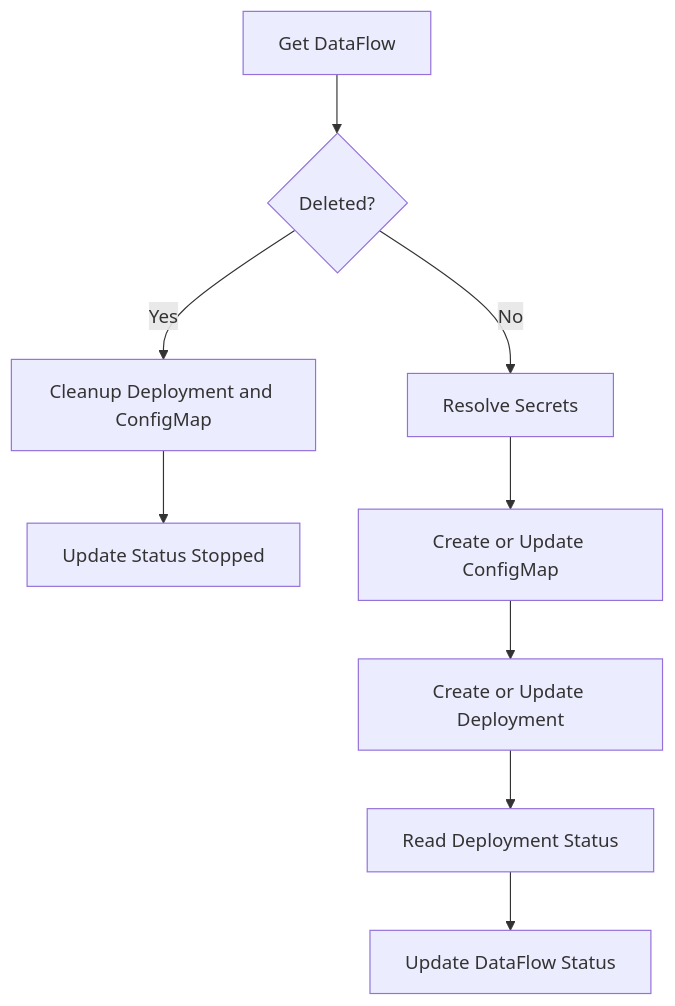
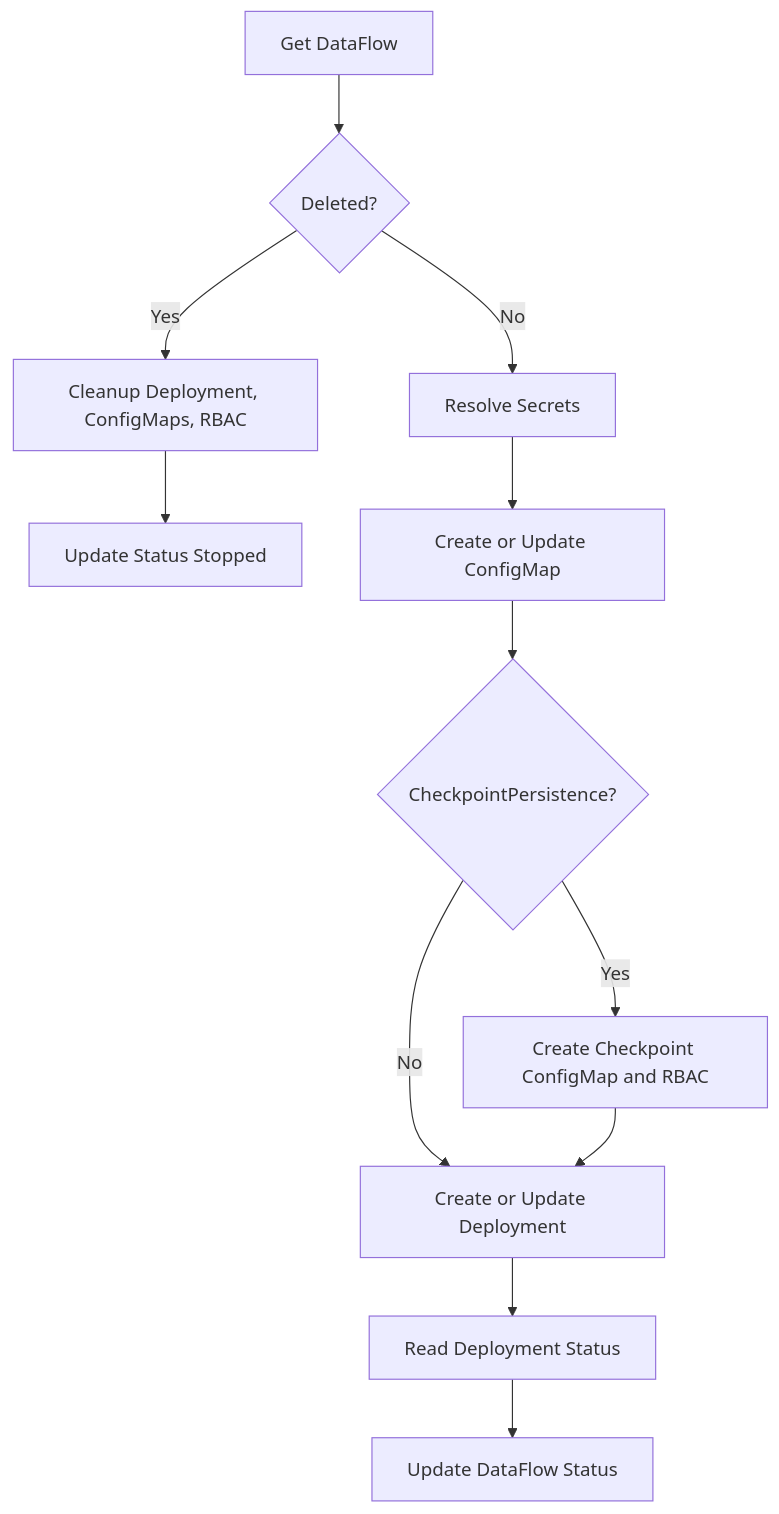
Before and after one commit to dataflow-operator/docs: the second of 3 diagrams in docs/en/architecture.md, drawn with Mermaid. The commit also changed other lines of this file and 8 other files, not shown here.

````diff
--- a/docs/en/architecture.md
+++ b/docs/en/architecture.md
@@ -136,11 +146,14 @@
 ```mermaid
 flowchart TD
   A[Get DataFlow] --> B{Deleted?}
-  B -->|Yes| C[Cleanup Deployment and ConfigMap]
+  B -->|Yes| C[Cleanup Deployment, ConfigMaps, RBAC]
   C --> D[Update Status Stopped]
   B -->|No| E[Resolve Secrets]
   E --> F[Create or Update ConfigMap]
-  F --> G[Create or Update Deployment]
+  F --> F2{CheckpointPersistence?}
+  F2 -->|Yes| F3[Create Checkpoint ConfigMap and RBAC]
+  F2 -->|No| G
+  F3 --> G[Create or Update Deployment]
   G --> H[Read Deployment Status]
   H --> I[Update DataFlow Status]
 ```
````
